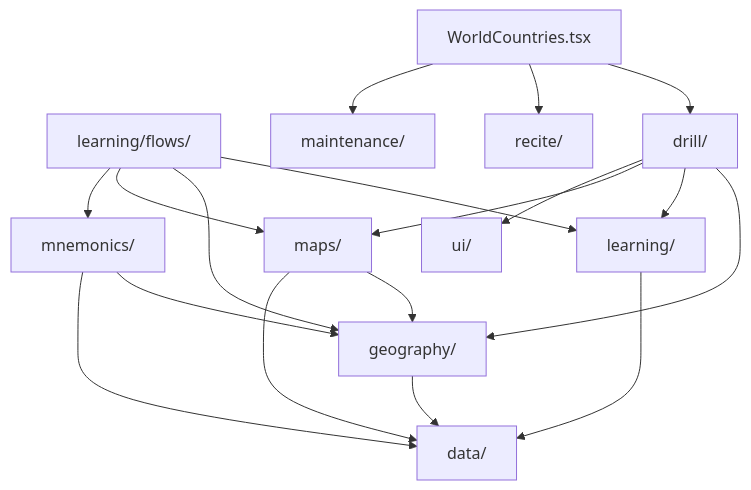
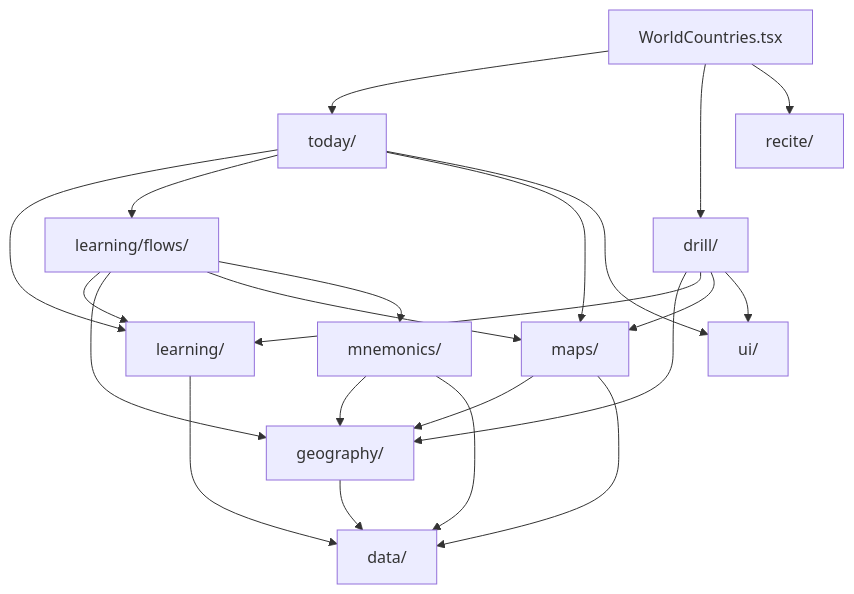
One commit to JolleNo10/major-system-app changed the diagram in docs/architecture/features/WORLD_COUNTRIES.md. Above: the diagram before and after it, drawn with Mermaid. The commit also changed other lines of this file and 32 other files, not shown here.

First line of the commit message:
Implement Change Spec 0016 Today learning loop

````diff
--- a/docs/architecture/features/WORLD_COUNTRIES.md
+++ b/docs/architecture/features/WORLD_COUNTRIES.md
@@ -226,20 +235,24 @@
 ```mermaid
 flowchart TD
   Geography["geography/"] --> Data["data/"]
   Learning["learning/"] --> Data
   Maps["maps/"] --> Geography
   Maps --> Data
   Mnemonics["mnemonics/"] --> Geography
   Mnemonics --> Data
   LearningFlows["learning/flows/"] --> Learning
   LearningFlows --> Geography
   LearningFlows --> Maps
   LearningFlows --> Mnemonics
   Drill["drill/"] --> Geography
   Drill --> Learning
   Drill --> Maps
   Drill --> UI["ui/"]
-  Shell["WorldCountries.tsx"] --> Drill
+  Today["today/"] --> Learning
+  Today --> LearningFlows
+  Today --> Maps
+  Today --> UI
+  Shell["WorldCountries.tsx"] --> Today
+  Shell --> Drill
   Shell --> Recite["recite/"]
-  Shell --> Maintenance["maintenance/"]
 ```
````
